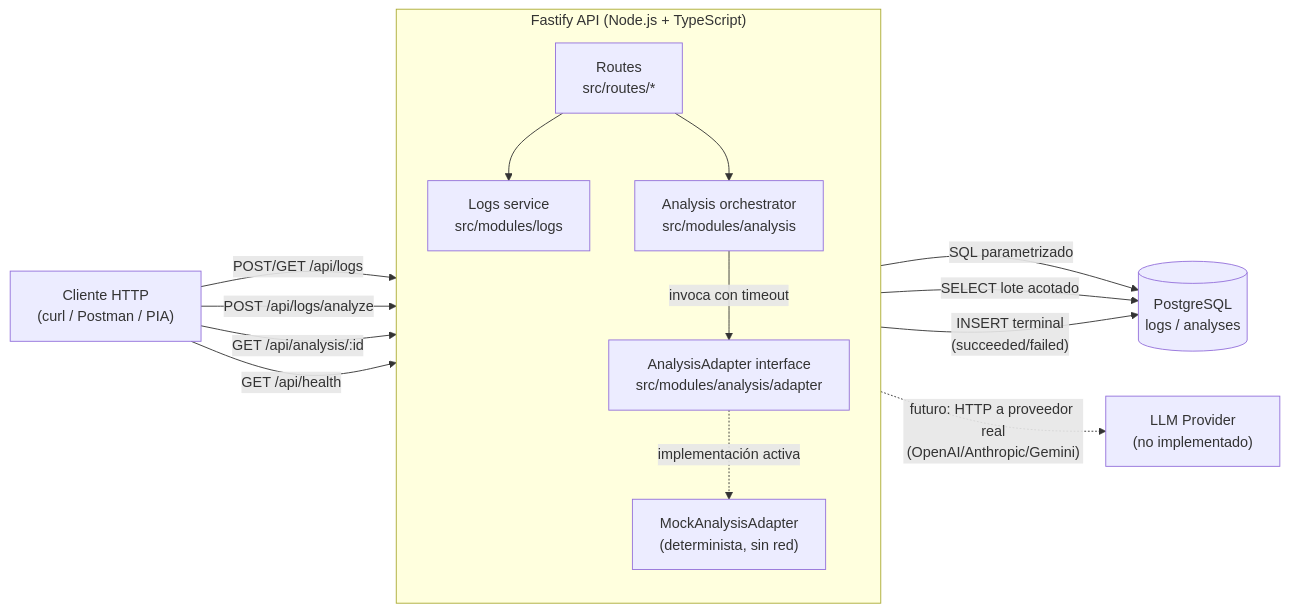
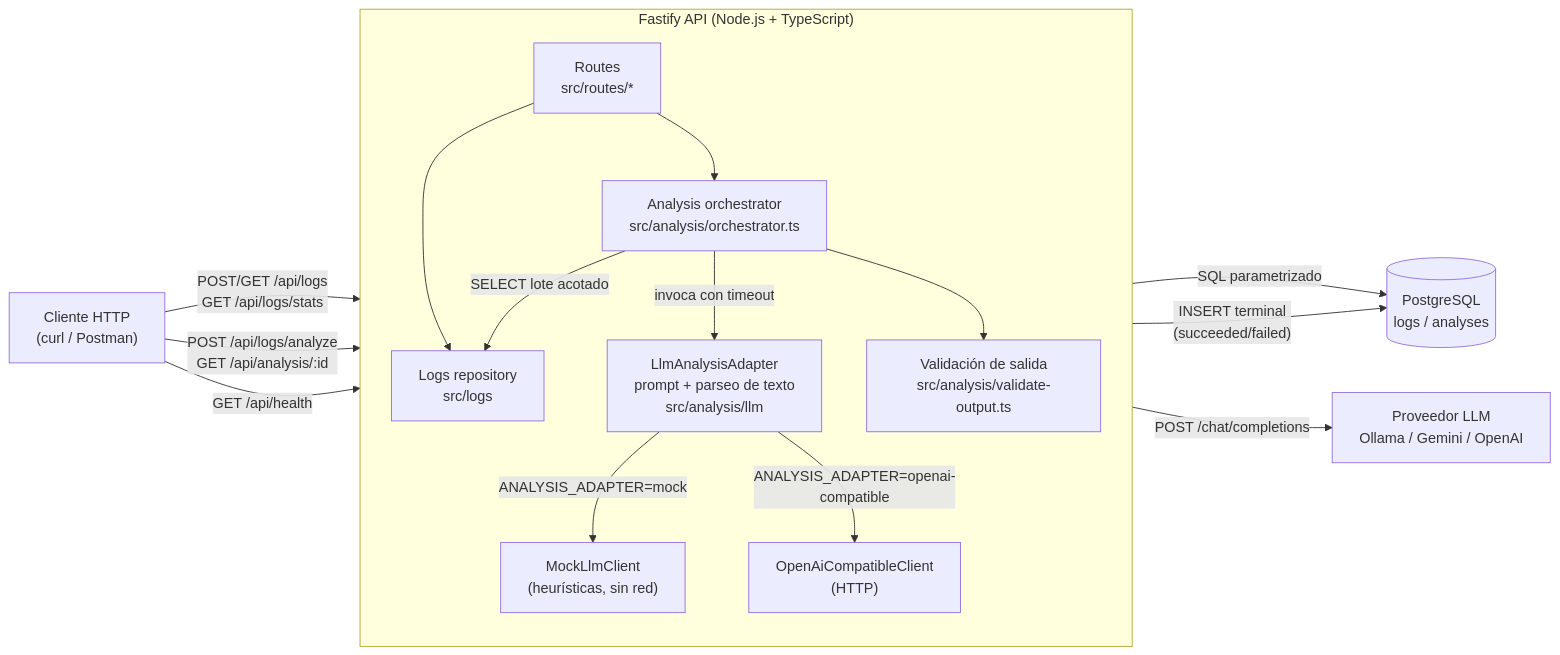
Before and after one commit to Mateoalvarez78/smartlog-analyzer: the first of 2 diagrams in ARCHITECTURE.md, drawn with Mermaid. The commit also changed other lines of this file and 2 other files, not shown here.

First line of the commit message:
docs: align ARCHITECTURE and README with the code, and trim the README

````diff
--- a/ARCHITECTURE.md
+++ b/ARCHITECTURE.md
@@ -17,30 +14,33 @@
 ```mermaid
 flowchart LR
-    Client["Cliente HTTP<br/>(curl / Postman / PIA)"]
+    Client["Cliente HTTP<br/>(curl / Postman)"]
 
     subgraph API["Fastify API (Node.js + TypeScript)"]
         direction TB
         Routes["Routes<br/>src/routes/*"]
-        Logs["Logs service<br/>src/modules/logs"]
-        Analysis["Analysis orchestrator<br/>src/modules/analysis"]
-        Adapter["AnalysisAdapter interface<br/>src/modules/analysis/adapter"]
-        Mock["MockAnalysisAdapter<br/>(determinista, sin red)"]
+        Logs["Logs repository<br/>src/logs"]
+        Orchestrator["Analysis orchestrator<br/>src/analysis/orchestrator.ts"]
+        Validator["Validación de salida<br/>src/analysis/validate-output.ts"]
+        LlmAdapter["LlmAnalysisAdapter<br/>prompt + parseo de texto<br/>src/analysis/llm"]
+        Mock["MockLlmClient<br/>(heurísticas, sin red)"]
+        Real["OpenAiCompatibleClient<br/>(HTTP)"]
     end
 
     DB[("PostgreSQL<br/>logs / analyses")]
+    Provider["Proveedor LLM<br/>Ollama / Gemini / OpenAI"]
 
-    Client -- "POST/GET /api/logs" --> Routes
-    Client -- "POST /api/logs/analyze" --> Routes
-    Client -- "GET /api/analysis/:id" --> Routes
+    Client -- "POST/GET /api/logs<br/>GET /api/logs/stats" --> Routes
+    Client -- "POST /api/logs/analyze<br/>GET /api/analysis/:id" --> Routes
     Client -- "GET /api/health" --> Routes
 
     Routes --> Logs
-    Routes --> Analysis
+    Routes --> Orchestrator
     Logs -- "SQL parametrizado" --> DB
-    Analysis -- "SELECT lote acotado" --> DB
-    Analysis -- "invoca con timeout" --> Adapter
-    Adapter -.->|implementación activa| Mock
-    Analysis -- "INSERT terminal<br/>(succeeded/failed)" --> DB
-
-    Adapter -. "futuro: HTTP a proveedor real<br/>(OpenAI/Anthropic/Gemini)" .-> Provider["LLM Provider<br/>(no implementado)"]
+    Orchestrator -- "SELECT lote acotado" --> Logs
+    Orchestrator -- "invoca con timeout" --> LlmAdapter
+    LlmAdapter -- "ANALYSIS_ADAPTER=mock" --> Mock
+    LlmAdapter -- "ANALYSIS_ADAPTER=openai-compatible" --> Real
+    Real -- "POST /chat/completions" --> Provider
+    Orchestrator --> Validator
+    Orchestrator -- "INSERT terminal<br/>(succeeded/failed)" --> DB
 ```
````
